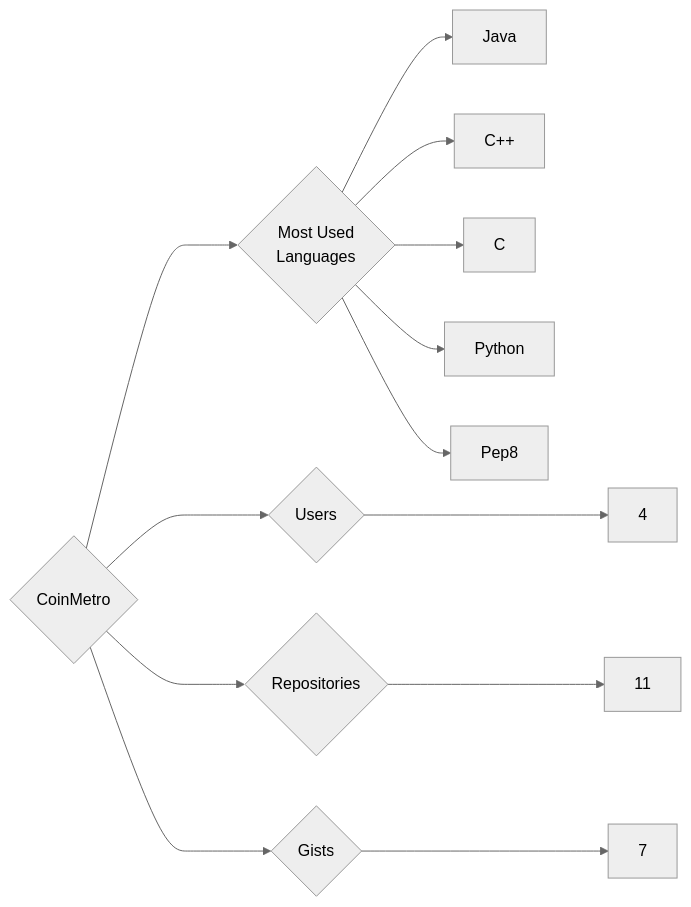
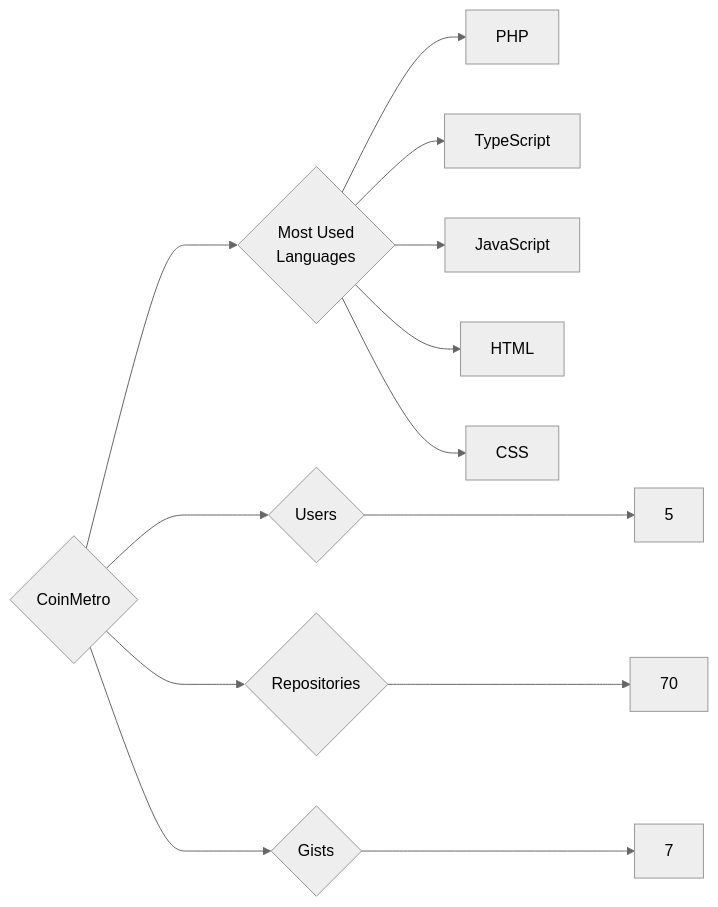
The diagram in targets/CoinMetro/README.md (trickest/insiders), drawn with Mermaid (neutral theme) before and after one commit. The commit also changed 942 other files, not shown here.

````diff
--- a/targets/CoinMetro/README.md
+++ b/targets/CoinMetro/README.md
@@ -3,13 +3,13 @@
 ```mermaid
 graph LR
 COMPANY_NAME{CoinMetro}
-COMPANY_NAME ---> U{Users} ---> UN[4]
-COMPANY_NAME ---> R{Repositories} ---> RN[11]
+COMPANY_NAME ---> U{Users} ---> UN[5]
+COMPANY_NAME ---> R{Repositories} ---> RN[70]
 COMPANY_NAME ---> G{Gists} ---> GN[7]
 COMPANY_NAME ---> ML{Most Used<br>Languages}
-ML --> Java[Java]
-ML --> C++[C++]
-ML --> C[C]
-ML --> Python[Python]
-ML --> Pep8[Pep8]
+ML --> PHP[PHP]
+ML --> TypeScript[TypeScript]
+ML --> JavaScript[JavaScript]
+ML --> HTML[HTML]
+ML --> CSS[CSS]
 ```
````
